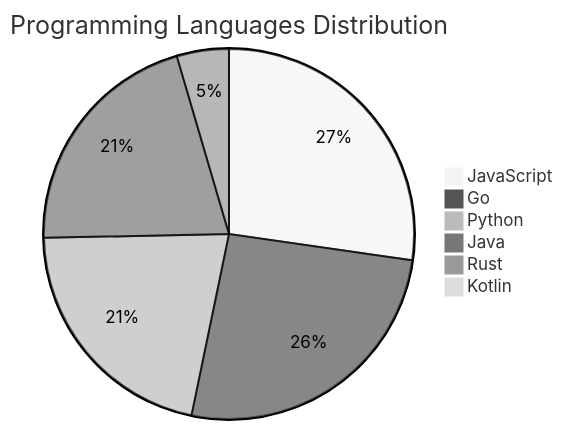
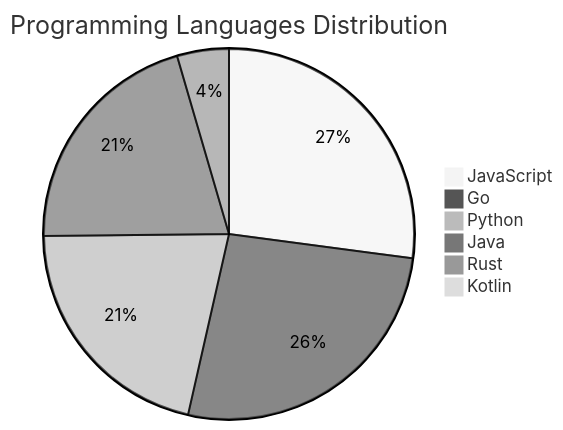
One commit to Derrick-MUGISHA/github-activity-bot changed the diagram in README.md. Above: the diagram before and after it, drawn with Mermaid (neutral theme). The commit also changed other lines of this file and 4 other files, not shown here.

````diff
--- a/README.md
+++ b/README.md
@@ -206,9 +206,9 @@
 ```mermaid
 pie title Programming Languages Distribution
     "JavaScript" : 42
-    "Go" : 40
+    "Go" : 41
     "Python" : 33
     "Java" : 32
     "Rust" : 7
     "Kotlin" : 1
 ```
````
